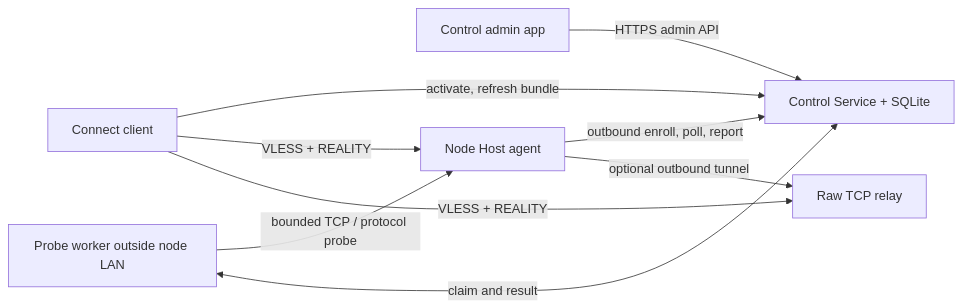
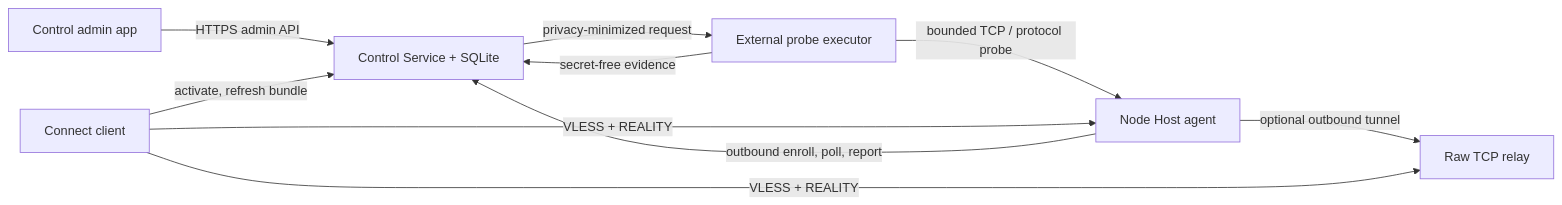
Before and after one commit to Skymore/reality-console: the diagram in docs/SYSTEM_ARCHITECTURE.md, drawn with Mermaid. The commit also changed other lines of this file and 18 other files, not shown here.

Commit message:
feat(probe): add external TCP executor contract

````diff
--- a/docs/SYSTEM_ARCHITECTURE.md
+++ b/docs/SYSTEM_ARCHITECTURE.md
@@ -7,11 +7,12 @@
 ```mermaid
 flowchart LR
     Admin["Control admin app"] -->|"HTTPS admin API"| Service["Control Service + SQLite"]
     Host["Node Host agent"] -->|"outbound enroll, poll, report"| Service
     Client["Connect client"] -->|"activate, refresh bundle"| Service
-    Probe["Probe worker outside node LAN"] -->|"bounded TCP / protocol probe"| Host
-    Probe <-->|"claim and result"| Service
+    Probe["External probe executor"] -->|"bounded TCP / protocol probe"| Host
+    Service -->|"privacy-minimized request"| Probe
+    Probe -->|"secret-free evidence"| Service
     Client -->|"VLESS + REALITY"| Host
     Host -->|"optional outbound tunnel"| Relay["Raw TCP relay"]
     Client -->|"VLESS + REALITY"| Relay
 ```
````
